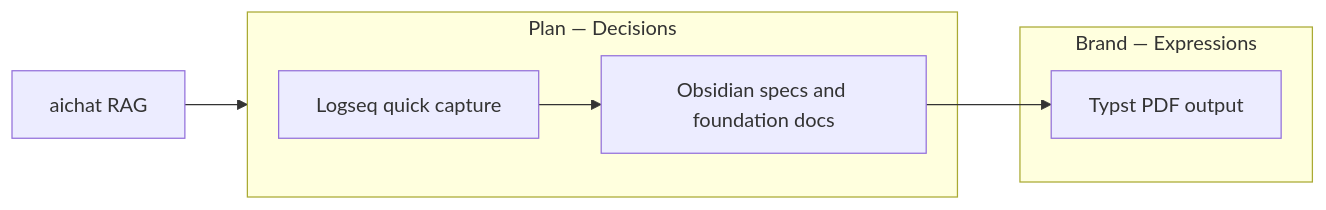
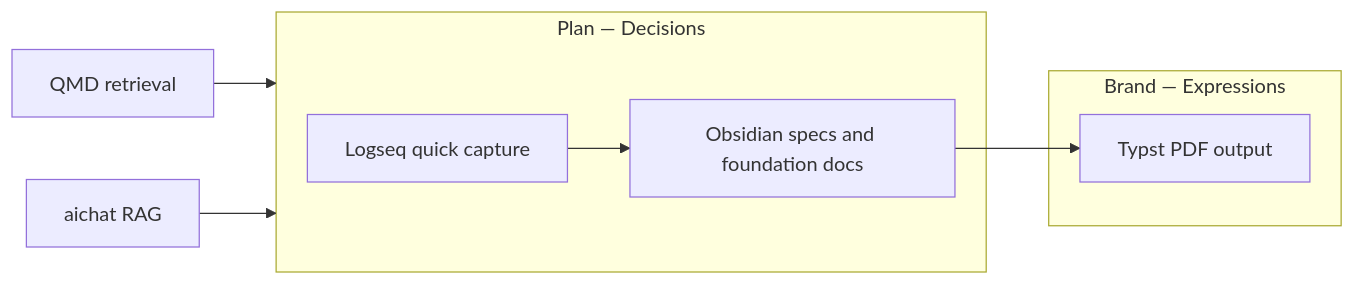
One commit to luckgrid/wfos changed the second of 2 diagrams in docs/workflow-apps.md. Above: the diagram before and after it, drawn with Mermaid. The commit also changed other lines of this file and 2 other files, not shown here.

Commit message:
update docs to include qmd to reduce token consumption for inputs

````diff
--- a/docs/workflow-apps.md
+++ b/docs/workflow-apps.md
@@ -119,13 +163,14 @@
 ```mermaid
 flowchart LR
   subgraph PlanNs [Plan — Decisions]
     Capture[Logseq quick capture]
     Specs[Obsidian specs and foundation docs]
   end
   subgraph BrandNs [Brand — Expressions]
     Publish[Typst PDF output]
   end
   Capture --> Specs
   Specs --> Publish
+  QMD[QMD retrieval] --> PlanNs
   AIChat[aichat RAG] --> PlanNs
 ```
````
